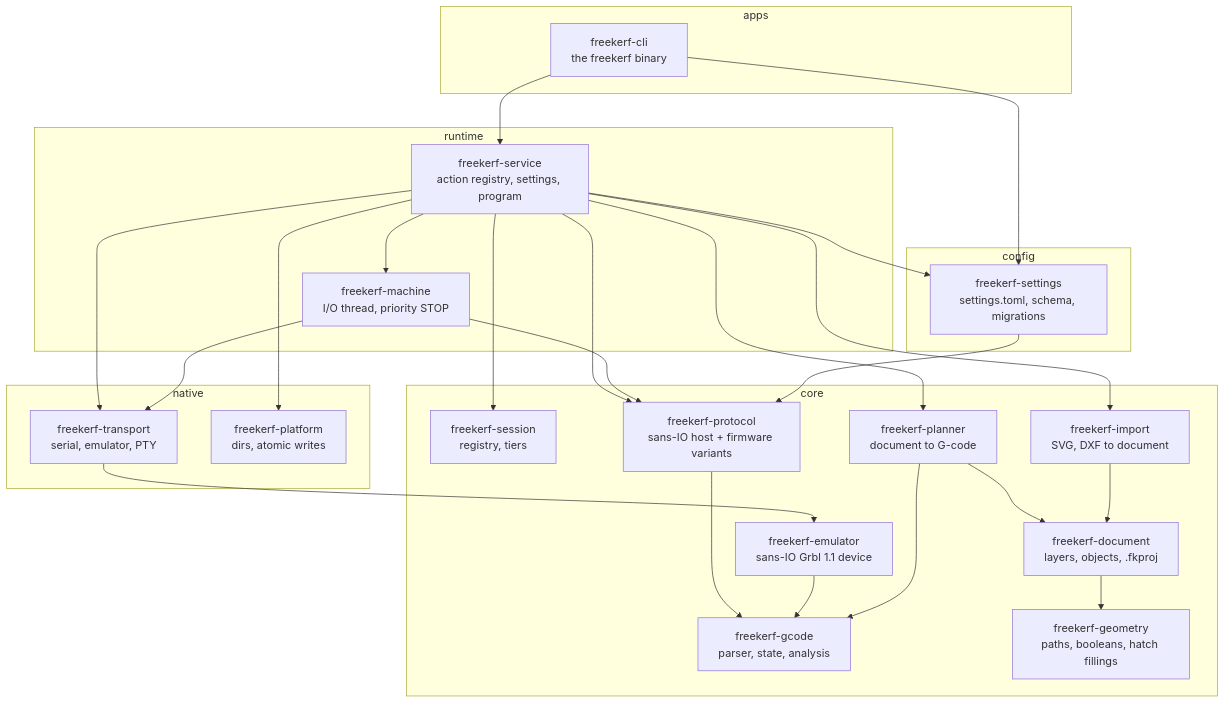
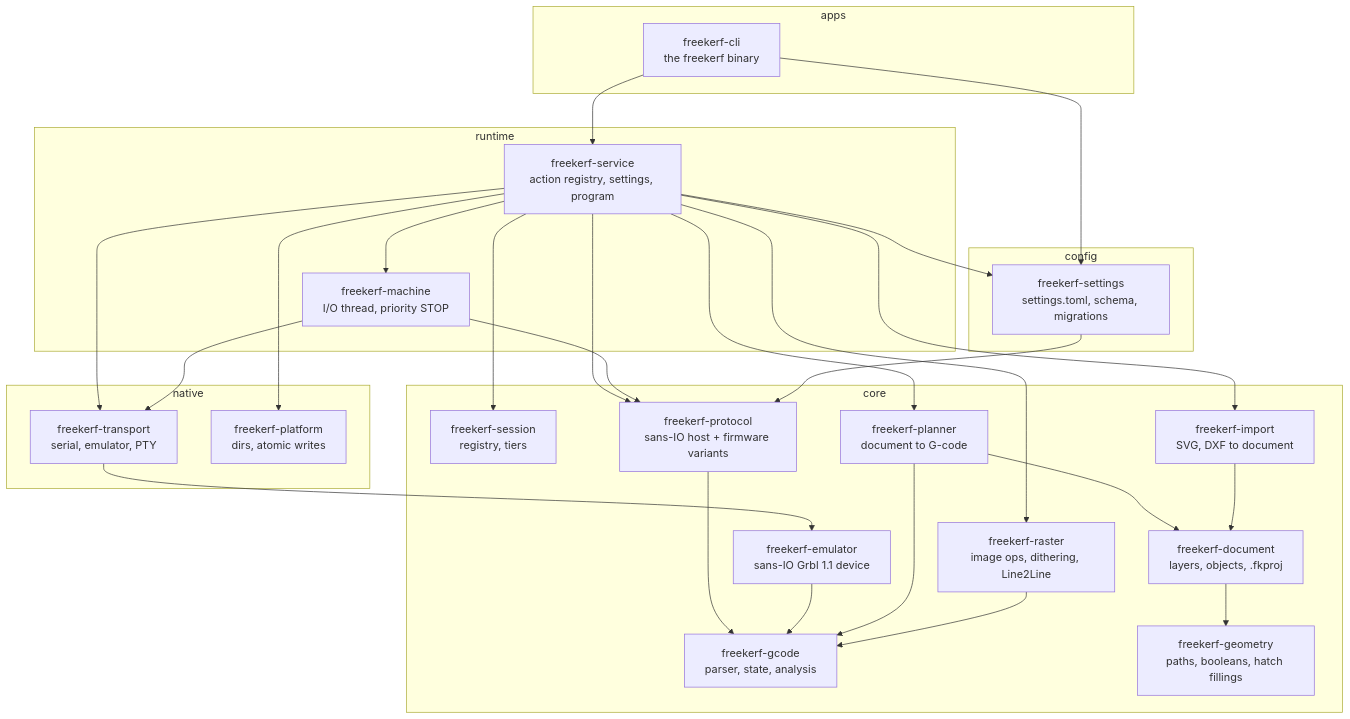
Before and after one commit to bochpsico-lang/freekerf: the first of 2 diagrams in doc/architecture.md, drawn with Mermaid. The commit also changed other lines of this file and 49 other files, not shown here.

First line of the commit message:
Add freekerf-raster: image operations, dithering and Line2Line

````diff
--- a/doc/architecture.md
+++ b/doc/architecture.md
@@ -9,47 +9,50 @@
 ```mermaid
 flowchart TB
   subgraph apps
     cli[freekerf-cli<br/>the freekerf binary]
   end
   subgraph runtime
     service[freekerf-service<br/>action registry, settings, program]
     machine[freekerf-machine<br/>I/O thread, priority STOP]
   end
   subgraph native
     transport[freekerf-transport<br/>serial, emulator, PTY]
     platform[freekerf-platform<br/>dirs, atomic writes]
   end
   subgraph config
     settings[freekerf-settings<br/>settings.toml, schema, migrations]
   end
   subgraph core
     session[freekerf-session<br/>registry, tiers]
     protocol[freekerf-protocol<br/>sans-IO host + firmware variants]
     gcode[freekerf-gcode<br/>parser, state, analysis]
     emulator[freekerf-emulator<br/>sans-IO Grbl 1.1 device]
     geometry[freekerf-geometry<br/>paths, booleans, hatch fillings]
     document[freekerf-document<br/>layers, objects, .fkproj]
     planner[freekerf-planner<br/>document to G-code]
     import[freekerf-import<br/>SVG, DXF to document]
+    raster[freekerf-raster<br/>image ops, dithering, Line2Line]
   end
   cli --> service
   cli --> settings
   service --> machine
   service --> transport
   service --> platform
   service --> settings
   service --> session
   service --> protocol
   machine --> protocol
   machine --> transport
   transport --> emulator
   settings --> protocol
   protocol --> gcode
   emulator --> gcode
   document --> geometry
   planner --> document
   planner --> gcode
   service --> planner
   service --> import
   import --> document
+  raster --> gcode
+  service --> raster
 ```
````
